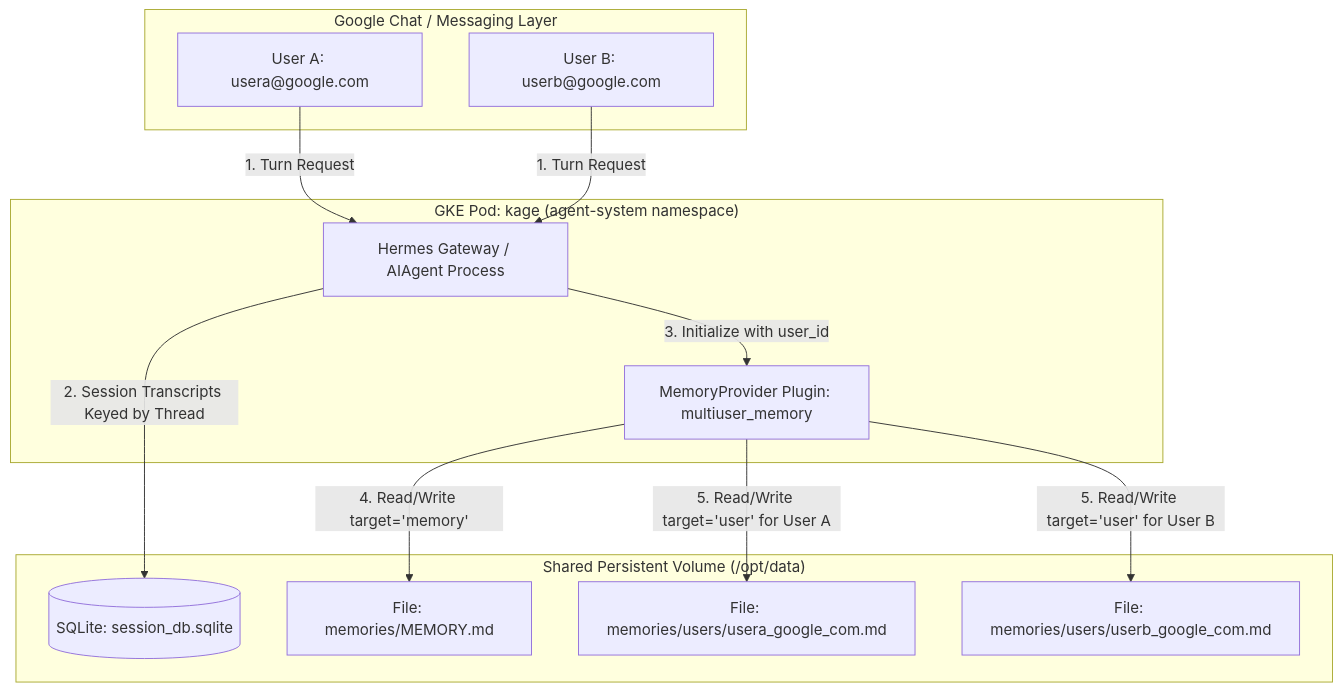
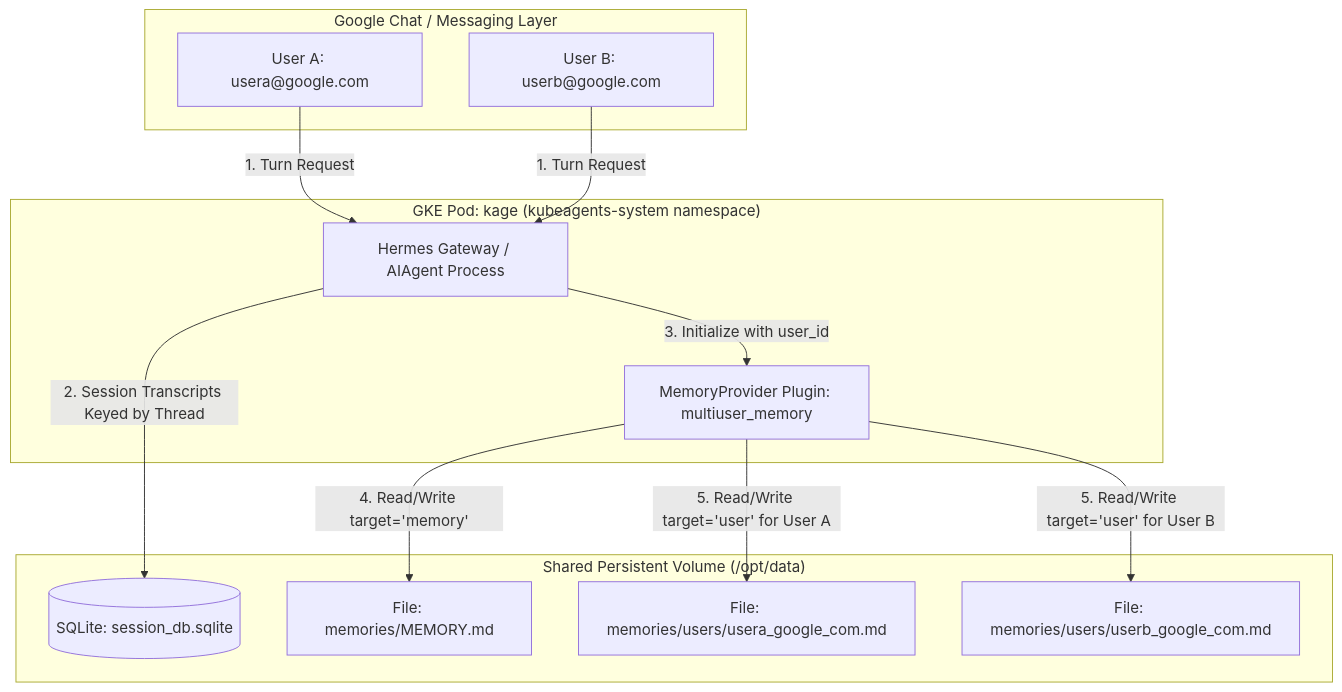
The diagram in agents/platform/plugins/memory/multiuser_memory/README.md (gke-labs/kube-agents), drawn with Mermaid before and after one commit. The commit also changed 27 other files, not shown here.

First line of the commit message:
refactor(platform): standardize deployment namespace to kubeagents-system

````diff
--- a/agents/platform/plugins/memory/multiuser_memory/README.md
+++ b/agents/platform/plugins/memory/multiuser_memory/README.md
@@ -37,29 +37,29 @@
 ```mermaid
 graph TD
     subgraph Chat ["Google Chat / Messaging Layer"]
         UserA["User A: usera@google.com"]
         UserB["User B: userb@google.com"]
     end
 
-    subgraph Pod ["GKE Pod: kage (agent-system namespace)"]
+    subgraph Pod ["GKE Pod: kage (kubeagents-system namespace)"]
         Gateway["Hermes Gateway / AIAgent Process"]
         Plugin["MemoryProvider Plugin: multiuser_memory"]
     end
 
     subgraph PVC ["Shared Persistent Volume (/opt/data)"]
         SessionDB[("SQLite: session_db.sqlite")]
         MemoryMD["File: memories/MEMORY.md"]
         UserAMD["File: memories/users/usera_google_com.md"]
         UserBMD["File: memories/users/userb_google_com.md"]
     end
 
     UserA -->|"1. Turn Request"| Gateway
     UserB -->|"1. Turn Request"| Gateway
 
     Gateway -->|"2. Session Transcripts Keyed by Thread"| SessionDB
     Gateway -->|"3. Initialize with user_id"| Plugin
 
     Plugin -->|"4. Read/Write target='memory'"| MemoryMD
     Plugin -->|"5. Read/Write target='user' for User A"| UserAMD
     Plugin -->|"5. Read/Write target='user' for User B"| UserBMD
 ```
````
